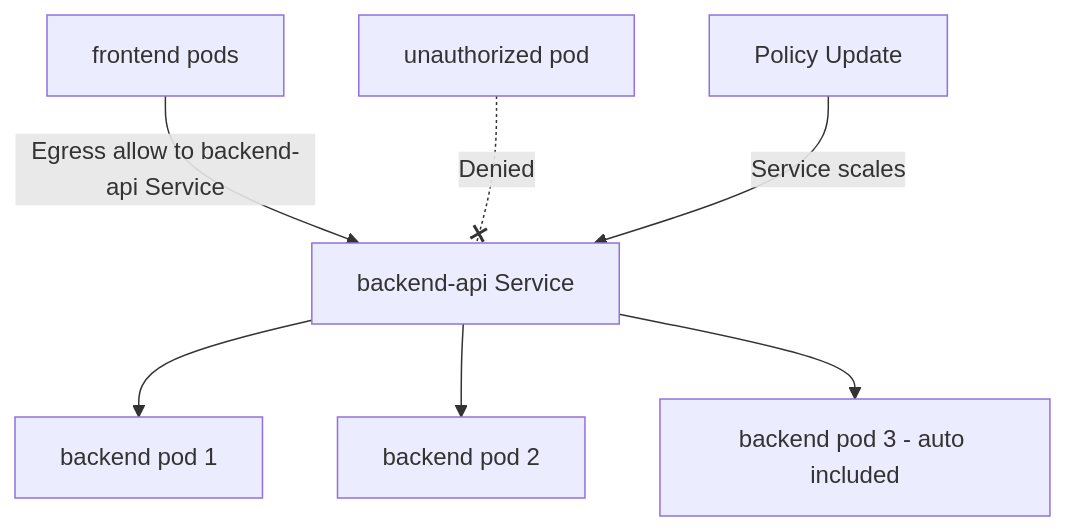
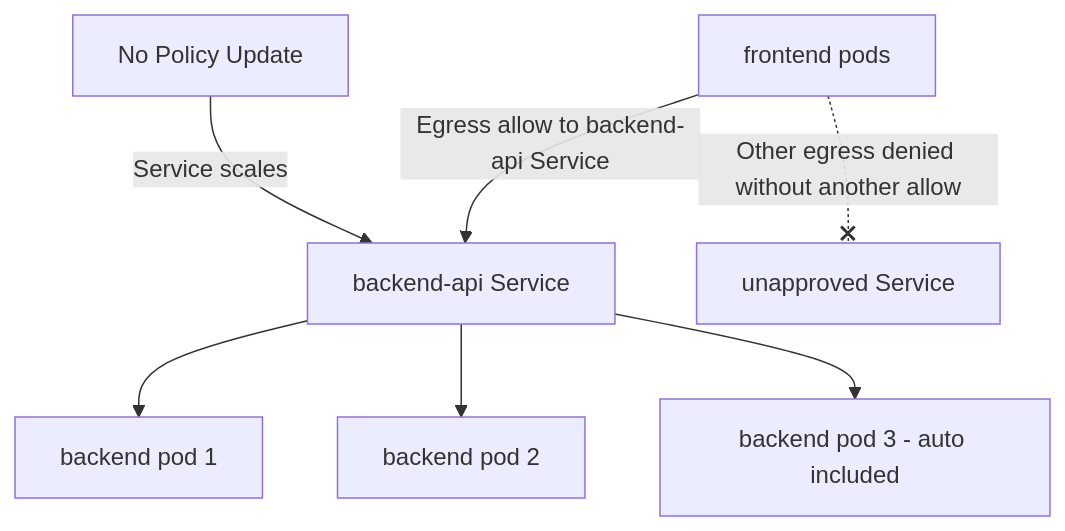
One commit to OneUptime/blog changed the diagram in posts/2026-03-13-migrate-service-based-policies-calico/README.md. Above: the diagram before and after it, drawn with Mermaid. The commit also changed other lines of this file and 2 other files, not shown here.

Commit message:
validate: 2026-03-13-migrate-service-based-policies-calico

````diff
--- a/posts/2026-03-13-migrate-service-based-policies-calico/README.md
+++ b/posts/2026-03-13-migrate-service-based-policies-calico/README.md
@@ -76,9 +78,9 @@
 ```mermaid
 flowchart TD
     A[frontend pods] -->|Egress allow to backend-api Service| B[backend-api Service]
     B --> C[backend pod 1]
     B --> D[backend pod 2]
-    E[unauthorized pod] -.-x|Denied| B
-    F[Policy Update] -->|Service scales| B
+    A -.-x|Other egress denied without another allow| E[unapproved Service]
+    F[No Policy Update] -->|Service scales| B
     B --> G[backend pod 3 - auto included]
 ```
````
